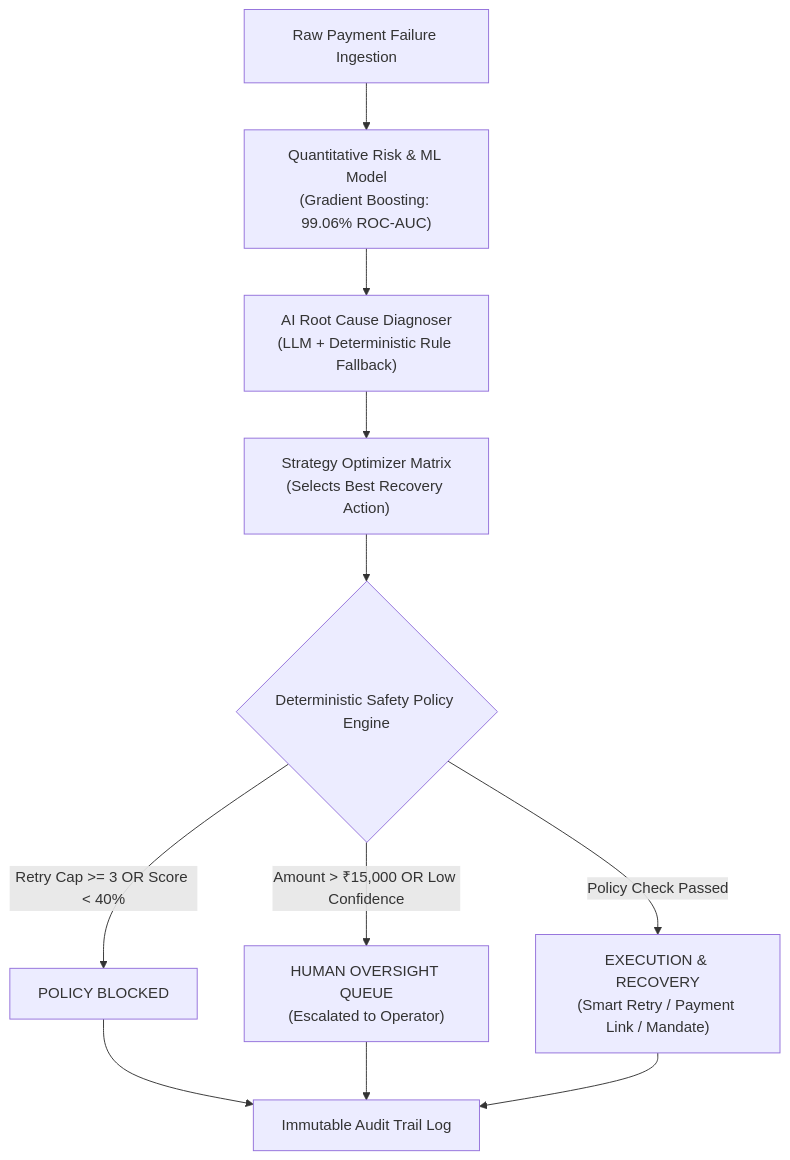
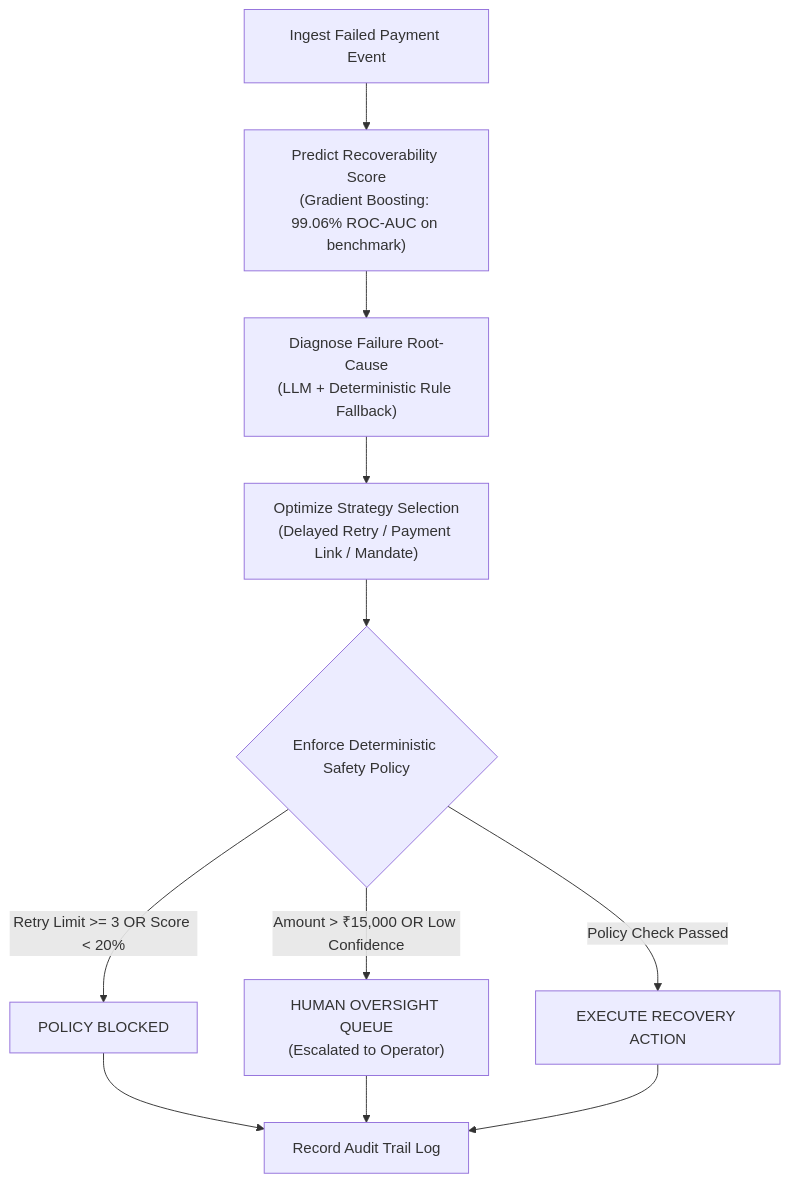
The diagram in README.md (manugandham27/Revenue-recovery-engine), drawn with Mermaid before and after one commit. The commit also changed other lines of this file and 2 other files, not shown here.

Commit message:
docs: adopt natural and credible wording for benchmark metrics, simulated values, and safety policy bounds

````diff
--- a/README.md
+++ b/README.md
@@ -38,15 +42,15 @@
 ```mermaid
 flowchart TD
-    A["Raw Payment Failure Ingestion"] --> B["Quantitative Risk & ML Model<br/>(Gradient Boosting: 99.06% ROC-AUC)"]
-    B --> C["AI Root Cause Diagnoser<br/>(LLM + Deterministic Rule Fallback)"]
-    C --> D["Strategy Optimizer Matrix<br/>(Selects Best Recovery Action)"]
-    D --> E{"Deterministic Safety Policy Engine"}
+    A["Ingest Failed Payment Event"] --> B["Predict Recoverability Score<br/>(Gradient Boosting: 99.06% ROC-AUC on benchmark)"]
+    B --> C["Diagnose Failure Root-Cause<br/>(LLM + Deterministic Rule Fallback)"]
+    C --> D["Optimize Strategy Selection<br/>(Delayed Retry / Payment Link / Mandate)"]
+    D --> E{"Enforce Deterministic Safety Policy"}
     
-    E -- "Retry Cap >= 3 OR Score < 40%" --> F["POLICY BLOCKED"]
+    E -- "Retry Limit >= 3 OR Score < 20%" --> F["POLICY BLOCKED"]
     E -- "Amount > ₹15,000 OR Low Confidence" --> G["HUMAN OVERSIGHT QUEUE<br/>(Escalated to Operator)"]
-    E -- "Policy Check Passed" --> H["EXECUTION & RECOVERY<br/>(Smart Retry / Payment Link / Mandate)"]
+    E -- "Policy Check Passed" --> H["EXECUTE RECOVERY ACTION"]
     
-    F --> I["Immutable Audit Trail Log"]
+    F --> I["Record Audit Trail Log"]
     G --> I
     H --> I
 ```
````
